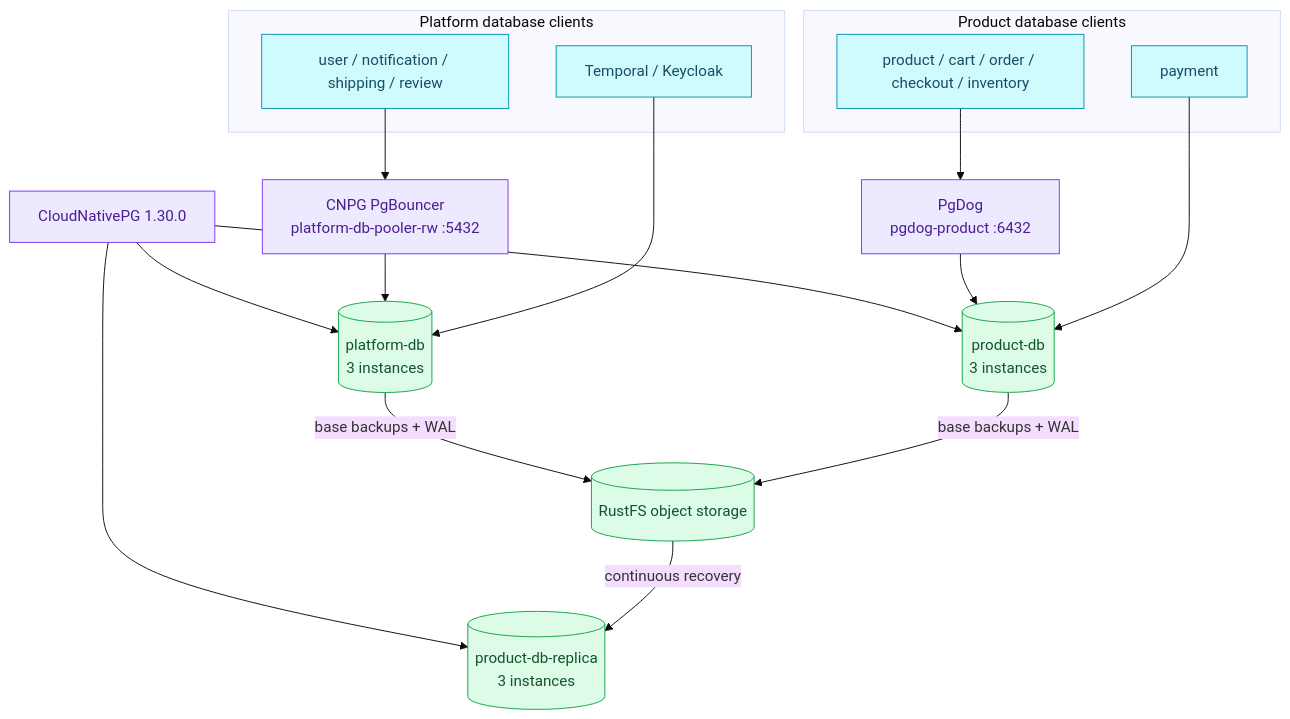
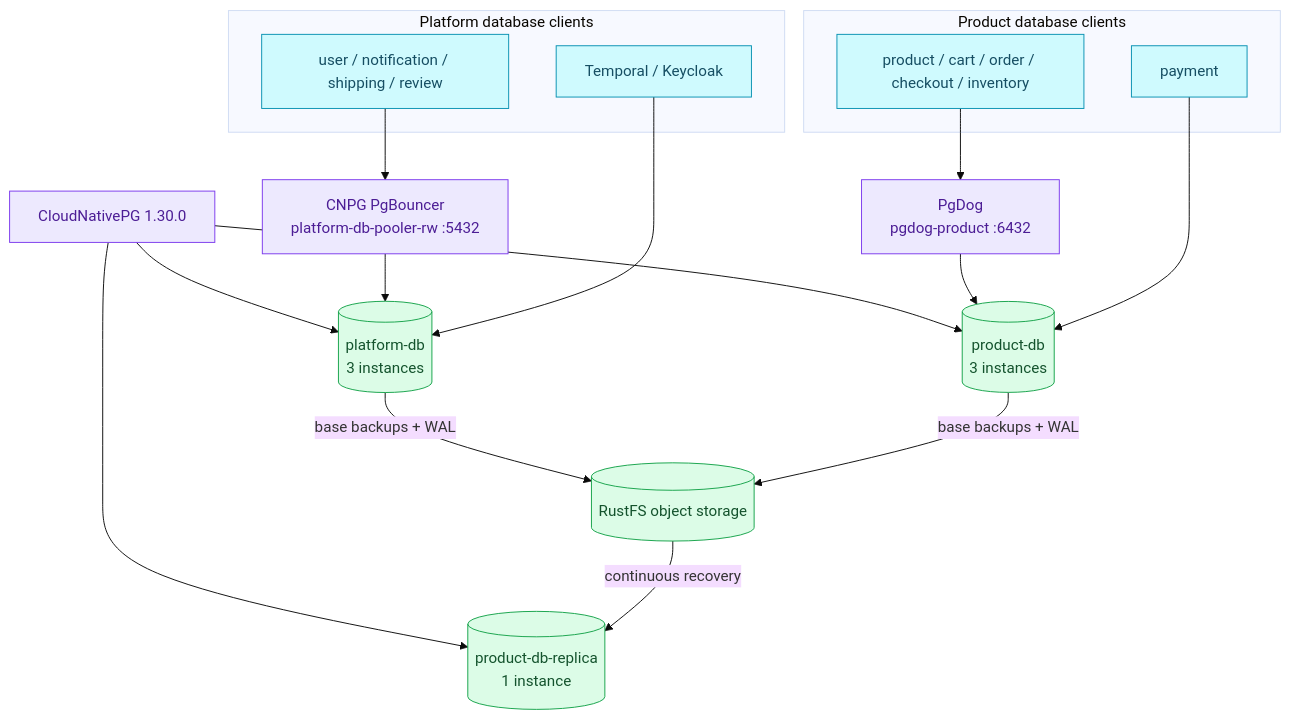
The diagram in docs/databases/architecture.md (duynhlab/homelab), drawn with Mermaid (base theme) before and after one commit. The commit also changed other lines of this file and 12 other files, not shown here.

First line of the commit message:
perf(databases): run the DR replica cluster on one instance

````diff
--- a/docs/databases/architecture.md
+++ b/docs/databases/architecture.md
@@ -18,39 +18,39 @@
 ```mermaid
 flowchart TB
     CNPG["CloudNativePG 1.30.0"]
 
     subgraph PlatformClients["Platform database clients"]
         PlatformApps["user / notification / shipping / review"]
         DirectPlatform["Temporal / Keycloak"]
     end
 
     subgraph ProductClients["Product database clients"]
         ProductApps["product / cart / order / checkout / inventory"]
         Payment["payment"]
     end
 
     PgBouncer["CNPG PgBouncer<br/>platform-db-pooler-rw :5432"]
     PgDog["PgDog<br/>pgdog-product :6432"]
     Platform[("platform-db<br/>3 instances")]
     Product[("product-db<br/>3 instances")]
-    DR[("product-db-replica<br/>3 instances")]
+    DR[("product-db-replica<br/>1 instance")]
     Store[("RustFS object storage")]
 
     CNPG --> Platform
     CNPG --> Product
     CNPG --> DR
     PlatformApps --> PgBouncer --> Platform
     DirectPlatform --> Platform
     ProductApps --> PgDog --> Product
     Payment --> Product
     Platform -->|"base backups + WAL"| Store
     Product -->|"base backups + WAL"| Store
     Store -->|"continuous recovery"| DR
 
     classDef service fill:#cffafe,color:#164e63,stroke:#0891b2;
     classDef platform fill:#ede9fe,color:#4c1d95,stroke:#7c3aed;
     classDef data fill:#dcfce7,color:#14532d,stroke:#16a34a;
     class CNPG,PgBouncer,PgDog platform;
     class PlatformApps,DirectPlatform,ProductApps,Payment service;
     class Platform,Product,DR,Store data;
 ```
````
